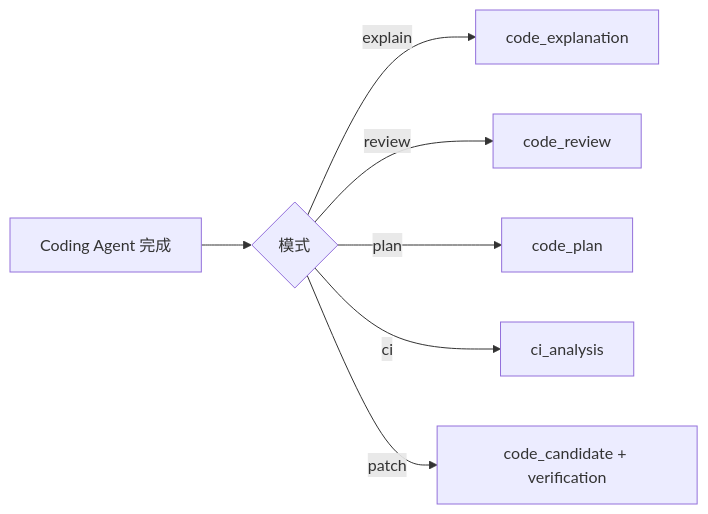
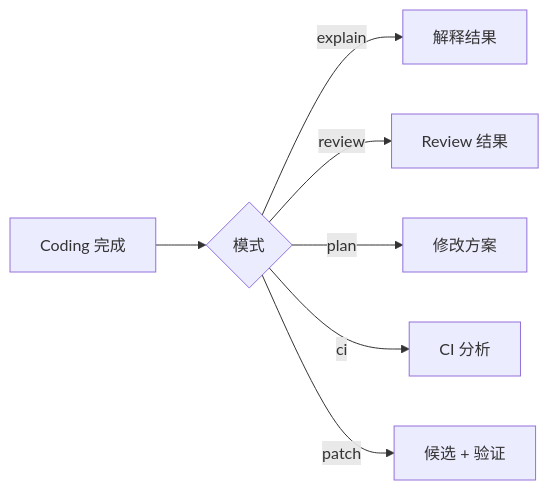
Before and after one commit to Arthur999459up/GitAgent: the seventh of 8 diagrams in docs/02-agent-topology-and-workflows.md, drawn with Mermaid. The commit also changed other lines of this file and 15 other files, not shown here.

````diff
--- a/docs/02-agent-topology-and-workflows.md
+++ b/docs/02-agent-topology-and-workflows.md
@@ -212,9 +197,9 @@
 ```mermaid
 flowchart LR
-    C[Coding Agent 完成] --> M{模式}
-    M -->|explain| E[code_explanation]
-    M -->|review| R[code_review]
-    M -->|plan| P[code_plan]
-    M -->|ci| I[ci_analysis]
-    M -->|patch| V[code_candidate + verification]
+    C[Coding 完成] --> M{模式}
+    M -->|explain| E[解释结果]
+    M -->|review| R[Review 结果]
+    M -->|plan| P[修改方案]
+    M -->|ci| I[CI 分析]
+    M -->|patch| V[候选 + 验证]
 ```
````
